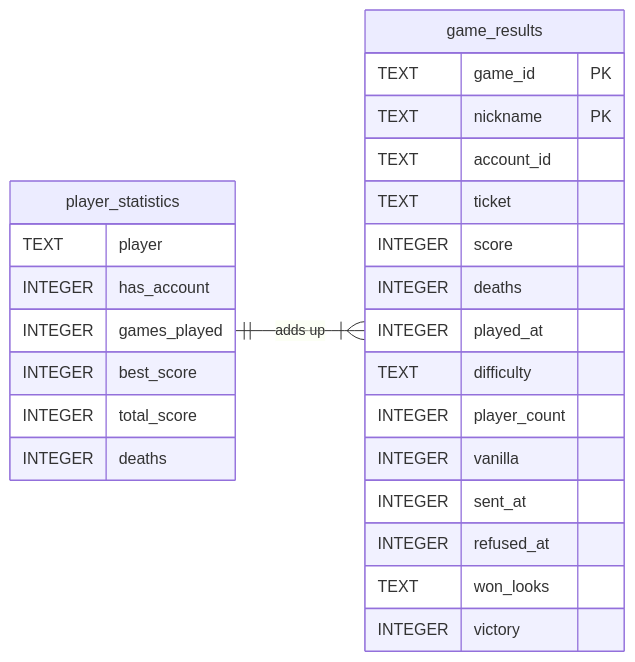
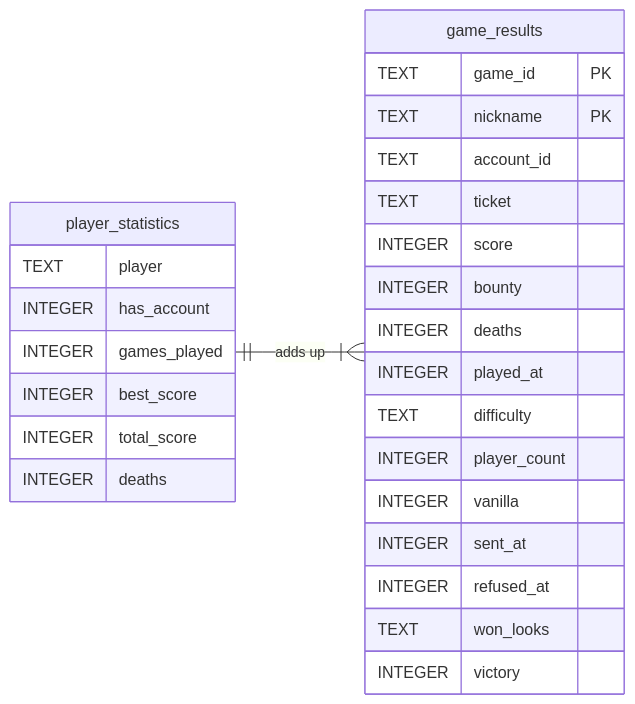
Before and after one commit to nique-epi/R-Type: the third of 3 diagrams in docs/src/content/docs/server.md, drawn with Mermaid. The commit also changed other lines of this file and 5 other files, not shown here.

````diff
--- a/docs/src/content/docs/server.md
+++ b/docs/src/content/docs/server.md
@@ -1385,31 +1395,32 @@
 ```mermaid
 erDiagram
   accTitle: The SQLite file of a server
   accDescr: The table game_results holds one row per player of each finished game, keyed by game_id and nickname. The view player_statistics adds up the rows of each player and holds no data of its own.
   direction LR
   game_results {
     TEXT game_id PK
     TEXT nickname PK
     TEXT account_id
     TEXT ticket
     INTEGER score
+    INTEGER bounty
     INTEGER deaths
     INTEGER played_at
     TEXT difficulty
     INTEGER player_count
     INTEGER vanilla
     INTEGER sent_at
     INTEGER refused_at
     TEXT won_looks
     INTEGER victory
   }
   player_statistics {
     TEXT player
     INTEGER has_account
     INTEGER games_played
     INTEGER best_score
     INTEGER total_score
     INTEGER deaths
   }
   player_statistics ||--|{ game_results : "adds up"
 ```
````
